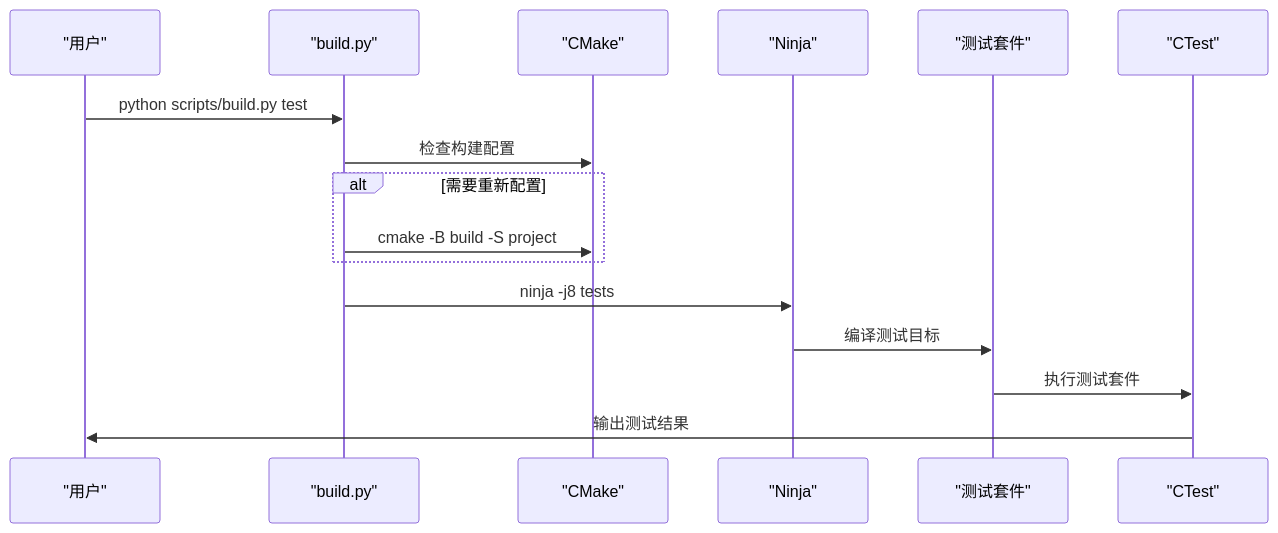
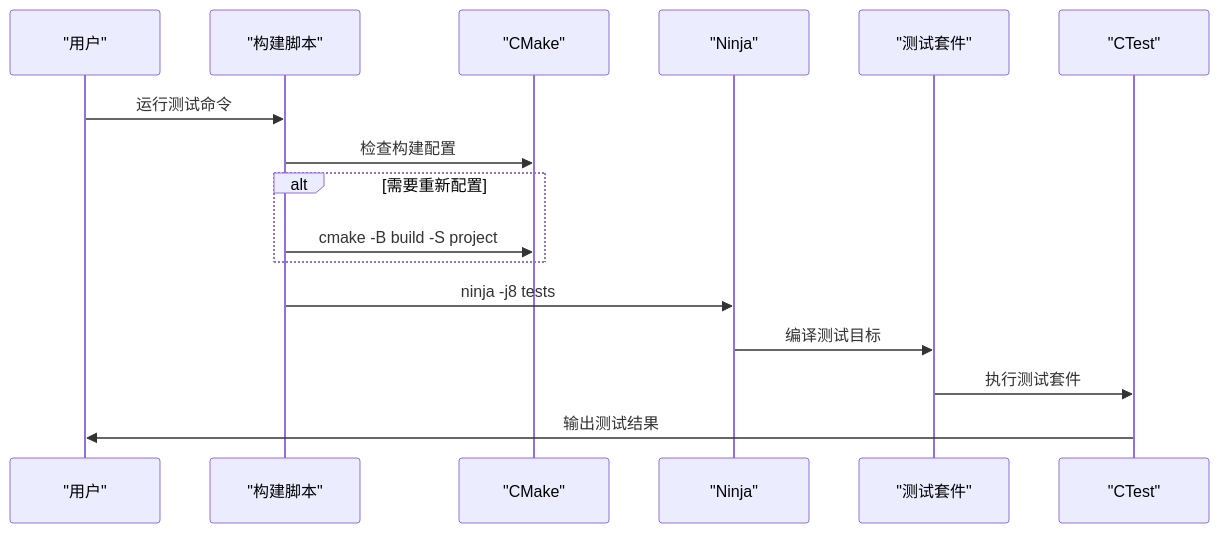
The fourth of 5 diagrams in .qoder/repowiki/zh/content/构建和部署/构建流程/构建流程.md (jakecai1225-design/OpenBus), drawn with Mermaid before and after one commit. The commit also changed other lines of this file and 11 other files, not shown here.

````diff
--- a/.qoder/repowiki/zh/content/构建和部署/构建流程/构建流程.md
+++ b/.qoder/repowiki/zh/content/构建和部署/构建流程/构建流程.md
@@ -483,18 +512,18 @@
 ```mermaid
 sequenceDiagram
 participant User as "用户"
-participant BuildScript as "build.py"
+participant BuildScript as "构建脚本"
 participant CMake as "CMake"
 participant Ninja as "Ninja"
 participant Tests as "测试套件"
 participant CTest as "CTest"
-User->>BuildScript : python scripts/build.py test
+User->>BuildScript : 运行测试命令
 BuildScript->>CMake : 检查构建配置
 alt 需要重新配置
 BuildScript->>CMake : cmake -B build -S project
 end
 BuildScript->>Ninja : ninja -j8 tests
 Ninja->>Tests : 编译测试目标
 Tests->>CTest : 执行测试套件
 CTest->>User : 输出测试结果
 ```
````
